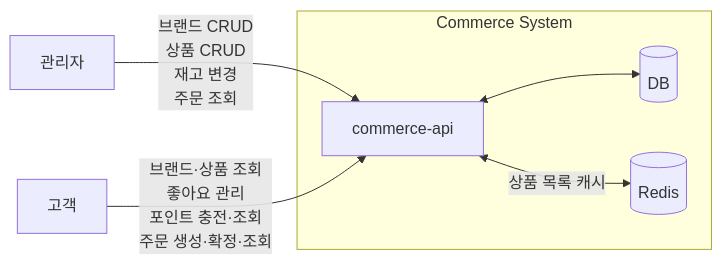
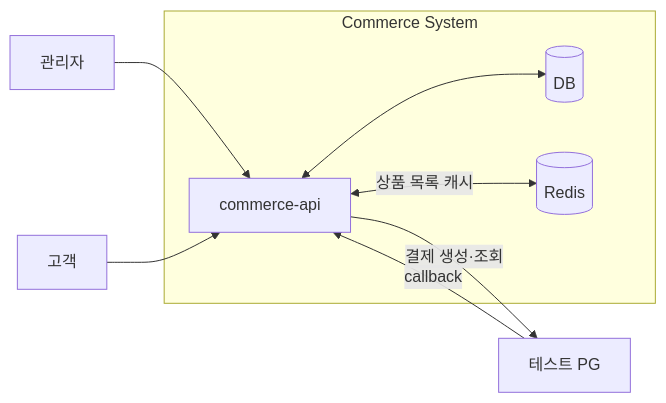
Before and after one commit to loopers-labs/loop-pack-be-l2-vol5-java: the first of 2 diagrams in docs/system-design/system-overview.md, drawn with Mermaid. The commit also changed other lines of this file and 19 other files, not shown here.

````diff
--- a/docs/system-design/system-overview.md
+++ b/docs/system-design/system-overview.md
@@ -11,16 +9,20 @@
 ```mermaid
 flowchart LR
     Admin[관리자]
     Customer[고객]
 
     subgraph Commerce["Commerce System"]
         API["commerce-api"]
         DB[("DB")]
         Redis[("Redis")]
         API <--> DB
         API <-->|"상품 목록 캐시"| Redis
     end
 
-    Admin -->|"브랜드 CRUD<br/>상품 CRUD<br/>재고 변경<br/>주문 조회"| API
-    Customer -->|"브랜드·상품 조회<br/>좋아요 관리<br/>포인트 충전·조회<br/>주문 생성·확정·조회"| API
+    PG["테스트 PG"]
+    API -->|"결제 생성·조회"| PG
+    PG -->|"callback"| API
+
+    Admin --> API
+    Customer --> API
 ```
````
